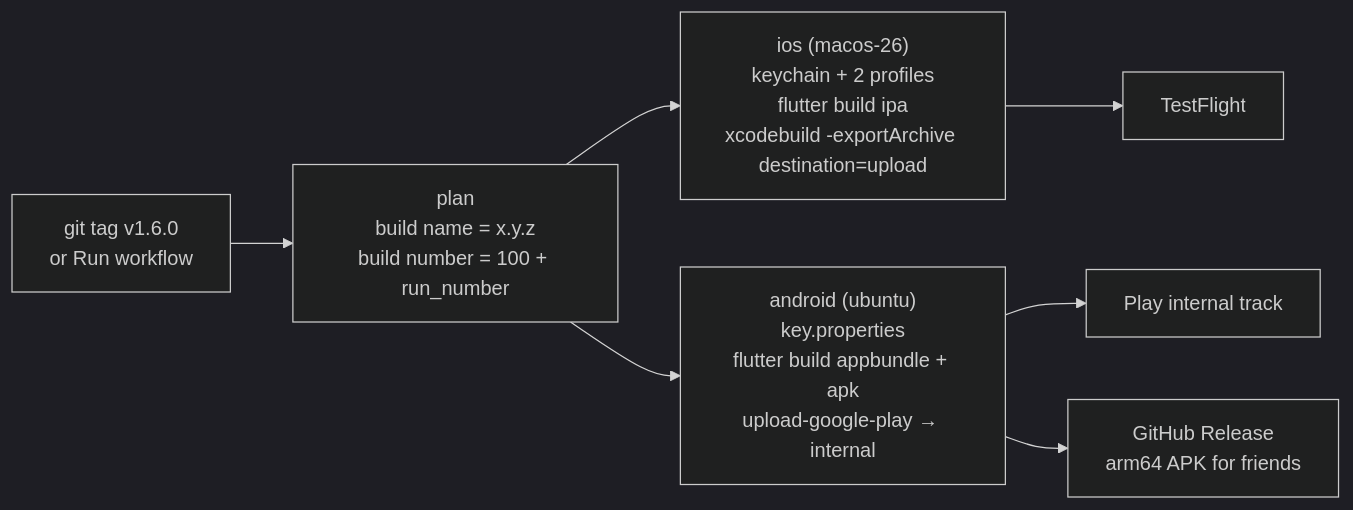
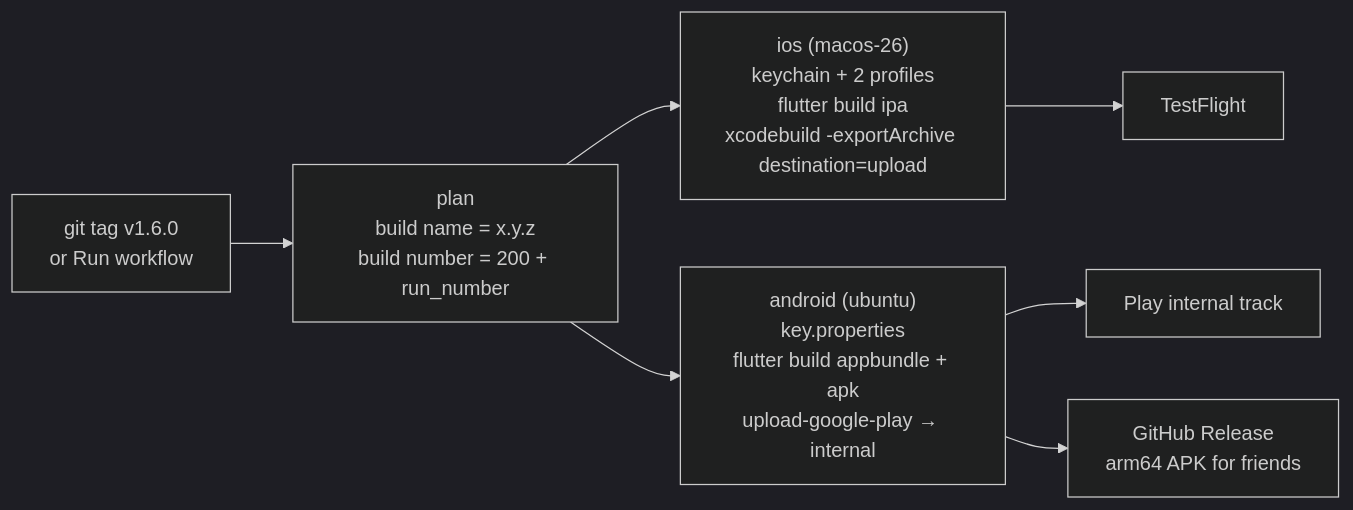
The diagram in docs/RELEASING.md (AkiyamaKunka/BiteWise), drawn with Mermaid (dark theme) before and after one commit. The commit also changed other lines of this file and 1 other file, not shown here.

First line of the commit message:
Release: a tag build stops early when the Runner profile does not allow the iCloud container, and CI build numbers start at 201

````diff
--- a/docs/RELEASING.md
+++ b/docs/RELEASING.md
@@ -20,9 +20,9 @@
 ```mermaid
 flowchart LR
-    Tag["git tag v1.6.0<br/>or Run workflow"] --> Plan["plan<br/>build name = x.y.z<br/>build number = 100 + run_number"]
+    Tag["git tag v1.6.0<br/>or Run workflow"] --> Plan["plan<br/>build name = x.y.z<br/>build number = 200 + run_number"]
     Plan --> iOS["ios (macos-26)<br/>keychain + 2 profiles<br/>flutter build ipa<br/>xcodebuild -exportArchive destination=upload"]
     Plan --> And["android (ubuntu)<br/>key.properties<br/>flutter build appbundle + apk<br/>upload-google-play → internal"]
     iOS --> TF["TestFlight"]
     And --> Play["Play internal track"]
     And --> GH["GitHub Release<br/>arm64 APK for friends"]
 ```
````
